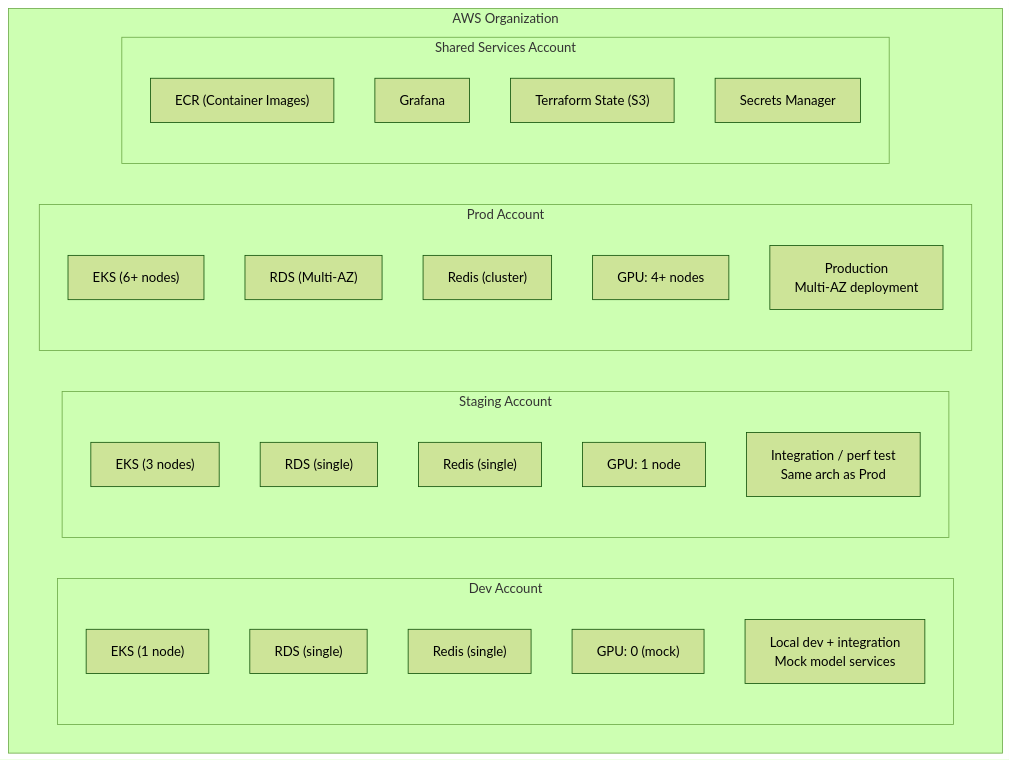
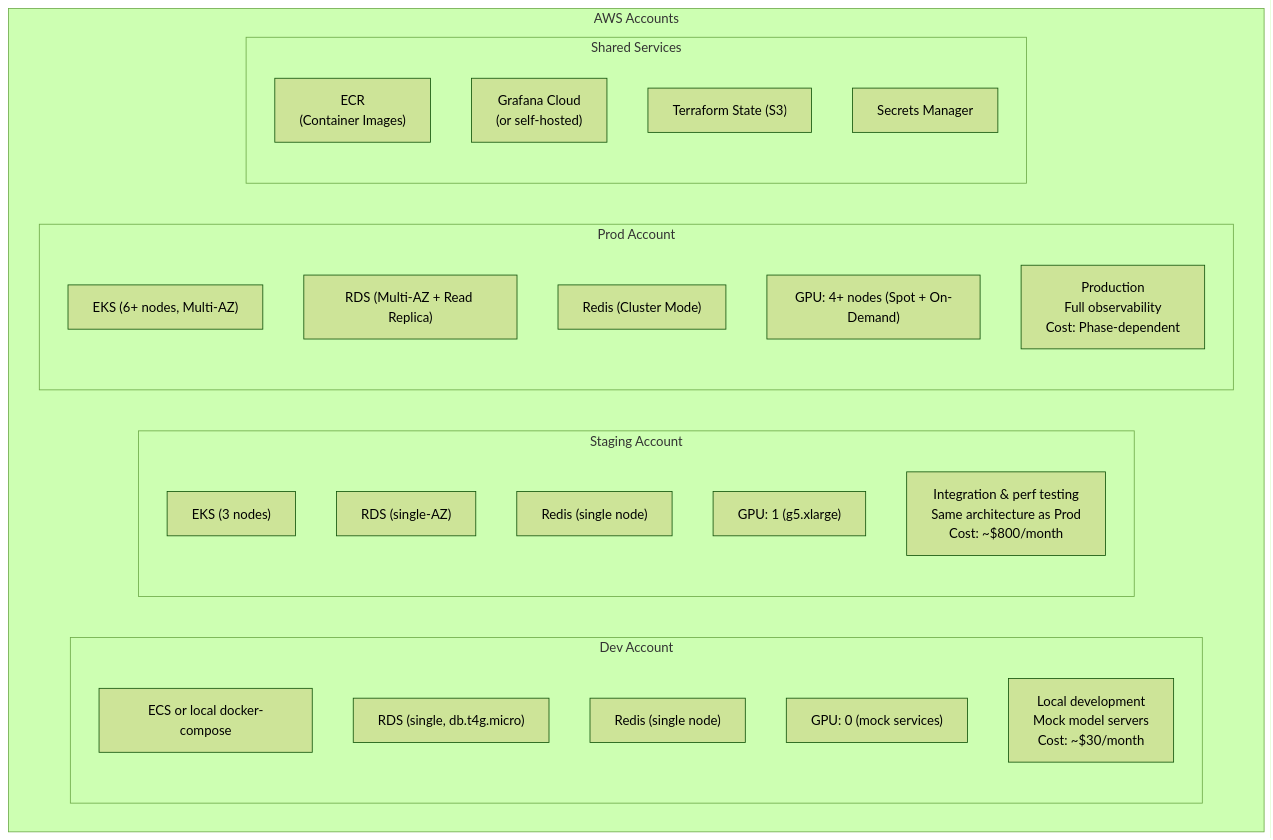
The ninth of 11 diagrams in ARCHITECTURE.md (m24927605/system-architecture-design), drawn with Mermaid (forest theme) before and after one commit. The commit also changed other lines of this file, not shown here.

First line of the commit message:
docs: rewrite ARCHITECTURE.md with 3-phase evolutionary architecture

````diff
--- a/ARCHITECTURE.md
+++ b/ARCHITECTURE.md
@@ -439,32 +904,32 @@
 ```mermaid
 graph TB
-    subgraph AWS["AWS Organization"]
+    subgraph AWS["AWS Accounts"]
         subgraph Dev["Dev Account"]
-            DevEKS["EKS (1 node)"]
-            DevRDS["RDS (single)"]
-            DevRedis["Redis (single)"]
-            DevGPU["GPU: 0 (mock)"]
-            DevNote["Local dev + integration<br/>Mock model services"]
+            DevEKS["ECS or local docker-compose"]
+            DevRDS["RDS (single, db.t4g.micro)"]
+            DevRedis["Redis (single node)"]
+            DevGPU["GPU: 0 (mock services)"]
+            DevNote["Local development<br/>Mock model servers<br/>Cost: ~$30/month"]
         end
         subgraph Staging["Staging Account"]
             StagEKS["EKS (3 nodes)"]
-            StagRDS["RDS (single)"]
-            StagRedis["Redis (single)"]
-            StagGPU["GPU: 1 node"]
-            StagNote["Integration / perf test<br/>Same arch as Prod"]
+            StagRDS["RDS (single-AZ)"]
+            StagRedis["Redis (single node)"]
+            StagGPU["GPU: 1 (g5.xlarge)"]
+            StagNote["Integration & perf testing<br/>Same architecture as Prod<br/>Cost: ~$800/month"]
         end
         subgraph Prod["Prod Account"]
-            ProdEKS["EKS (6+ nodes)"]
-            ProdRDS["RDS (Multi-AZ)"]
-            ProdRedis["Redis (cluster)"]
-            ProdGPU["GPU: 4+ nodes"]
-            ProdNote["Production<br/>Multi-AZ deployment"]
+            ProdEKS["EKS (6+ nodes, Multi-AZ)"]
+            ProdRDS["RDS (Multi-AZ + Read Replica)"]
+            ProdRedis["Redis (Cluster Mode)"]
+            ProdGPU["GPU: 4+ nodes (Spot + On-Demand)"]
+            ProdNote["Production<br/>Full observability<br/>Cost: Phase-dependent"]
         end
-        subgraph Shared["Shared Services Account"]
-            ECR["ECR (Container Images)"]
-            GrafanaShared["Grafana"]
+        subgraph Shared["Shared Services"]
+            ECR["ECR<br/>(Container Images)"]
+            GrafanaShared["Grafana Cloud<br/>(or self-hosted)"]
             TFState["Terraform State (S3)"]
             Secrets["Secrets Manager"]
         end
     end
 ```
````
